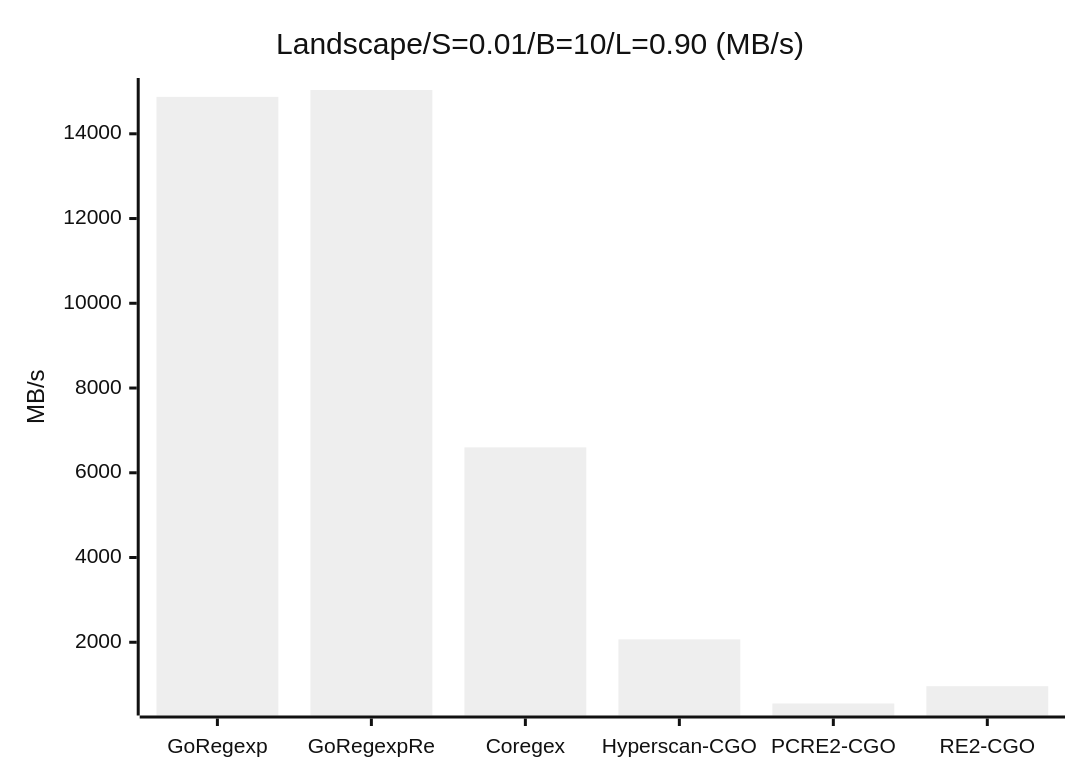
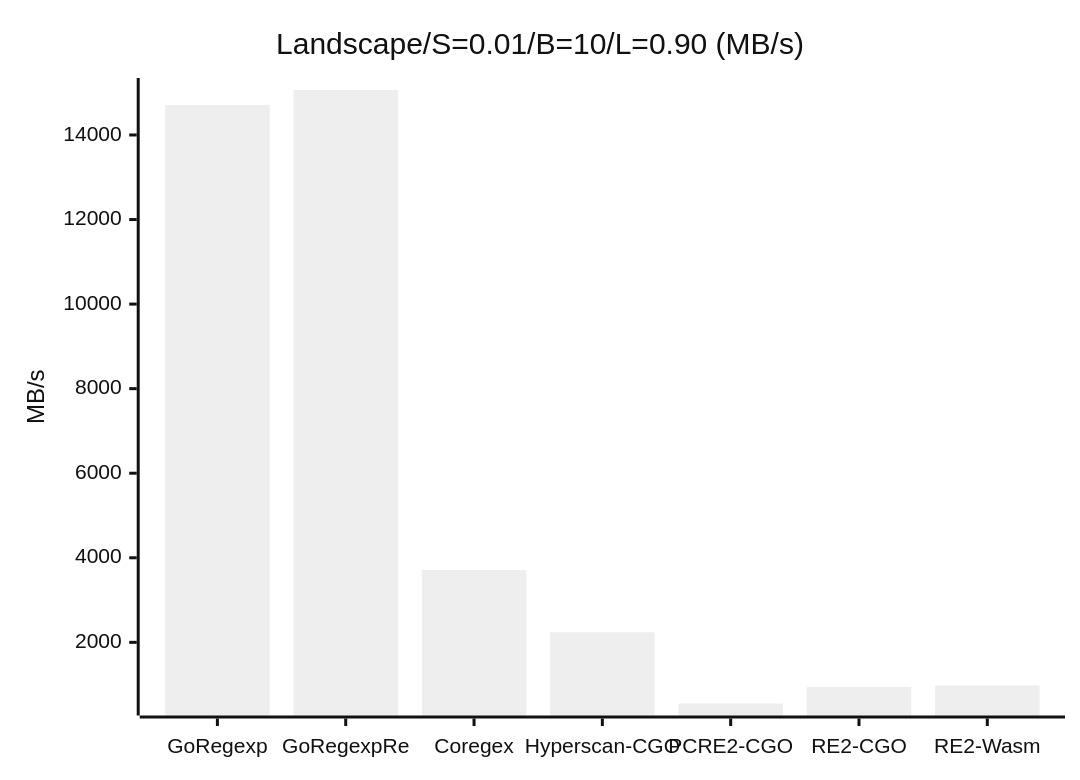
Before and after one commit to kamichidu/go-regexp-re: diagram 11 of 47 in _benchmark_results/cgo_engines.md, drawn with Mermaid (neutral theme). The commit also changed other lines of this file and 1 other file, not shown here.

````diff
--- a/_benchmark_results/cgo_engines.md
+++ b/_benchmark_results/cgo_engines.md
@@ -196,7 +196,7 @@
 ```mermaid
 xychart-beta
     title "Landscape/S=0.01/B=10/L=0.90 (MB/s)"
-    x-axis ["GoRegexp", "GoRegexpRe", "Coregex", "Hyperscan-CGO", "PCRE2-CGO", "RE2-CGO"]
+    x-axis ["GoRegexp", "GoRegexpRe", "Coregex", "Hyperscan-CGO", "PCRE2-CGO", "RE2-CGO", "RE2-Wasm"]
     y-axis "MB/s"
-    bar [14871.90, 15033.37, 6599.16, 2068.25, 554.84, 963.14]
+    bar [14707.50, 15063.93, 3709.65, 2238.87, 553.43, 944.69, 981.55]
 ```
````
